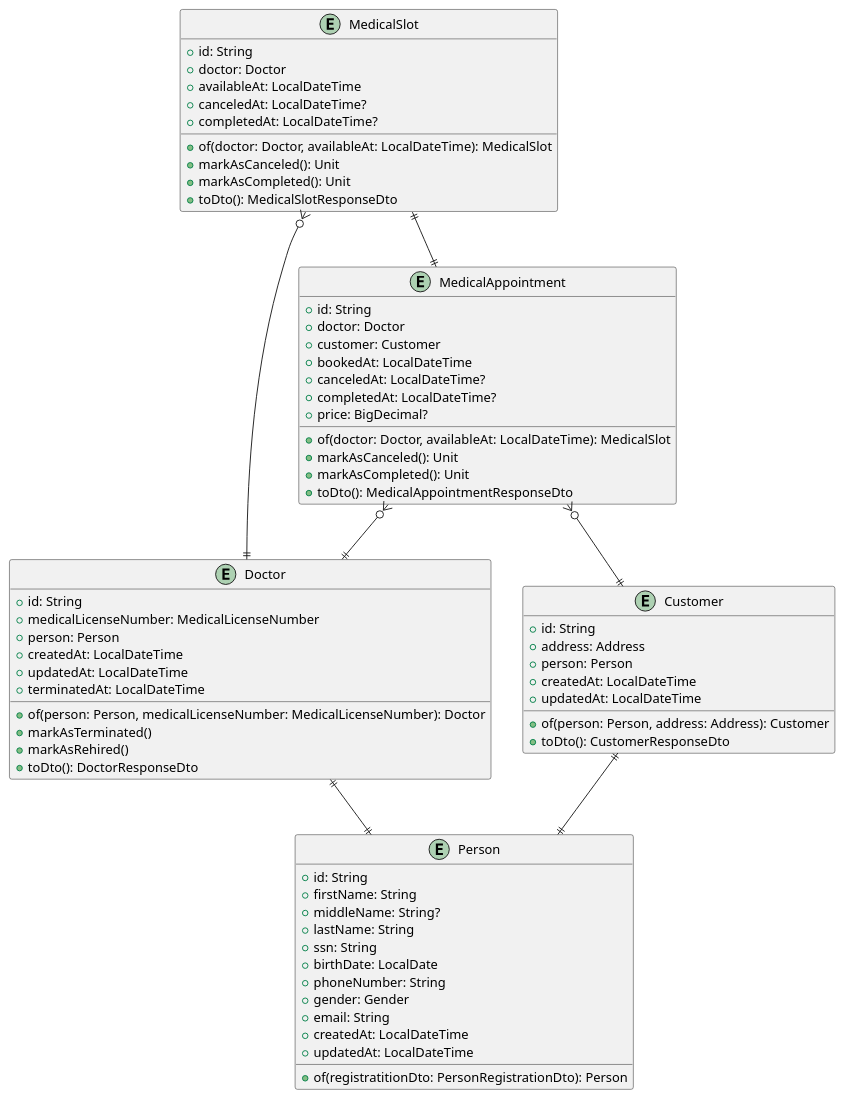
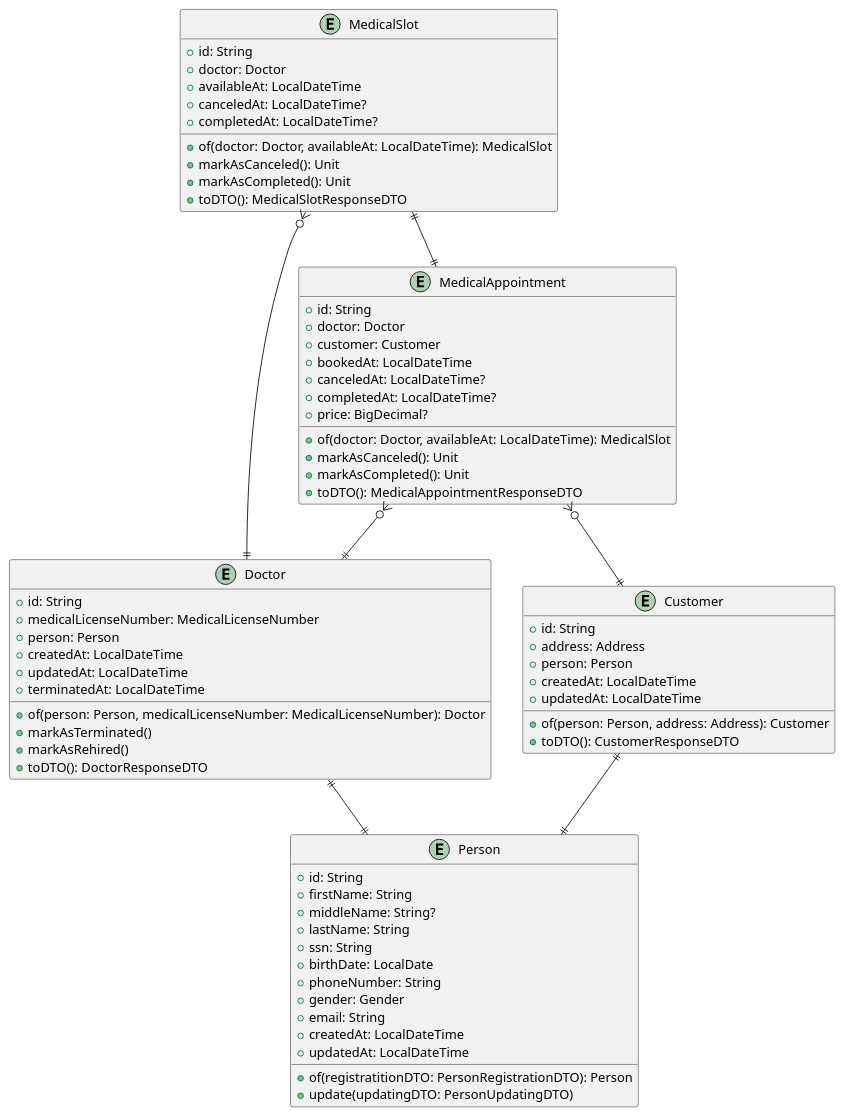
One commit to LazaroDamasceno/Dissertacao-Mestrado changed the diagram in codes/erd_code.wsd. Above: the diagram before and after it, drawn with PlantUML. The commit also changed 18 other files, not shown here.

```diff
--- a/codes/erd_code.wsd
+++ b/codes/erd_code.wsd
@@ -1,79 +1,80 @@
 @startuml
 
 entity "Person" {
  +id: String
  +firstName: String
  +middleName: String?
  +lastName: String
  +ssn: String
  +birthDate: LocalDate
  +phoneNumber: String
  +gender: Gender
  +email: String
  +createdAt: LocalDateTime
  +updatedAt: LocalDateTime
  
- +of(registratitionDto: PersonRegistrationDto): Person
+ +of(registratitionDTO: PersonRegistrationDTO): Person
+ +update(updatingDTO: PersonUpdatingDTO)
 }
 
 entity "Customer" {
  +id: String
  +address: Address
  +person: Person
  +createdAt: LocalDateTime
  +updatedAt: LocalDateTime
  
  +of(person: Person, address: Address): Customer
- +toDto(): CustomerResponseDto
+ +toDTO(): CustomerResponseDTO
 }
 
 entity "Doctor" {
  +id: String
  +medicalLicenseNumber: MedicalLicenseNumber
  +person: Person
  +createdAt: LocalDateTime
  +updatedAt: LocalDateTime
  +terminatedAt: LocalDateTime
  
  +of(person: Person, medicalLicenseNumber: MedicalLicenseNumber): Doctor
  +markAsTerminated()
  +markAsRehired()
- +toDto(): DoctorResponseDto
+ +toDTO(): DoctorResponseDTO
 }
 
 entity "MedicalSlot" {
   +id: String
   +doctor: Doctor
   +availableAt: LocalDateTime
   +canceledAt: LocalDateTime?
   +completedAt: LocalDateTime?
   
   +of(doctor: Doctor, availableAt: LocalDateTime): MedicalSlot
   +markAsCanceled(): Unit
   +markAsCompleted(): Unit
-  +toDto(): MedicalSlotResponseDto
+  +toDTO(): MedicalSlotResponseDTO
 }
 
 entity "MedicalAppointment" {
   +id: String
   + doctor: Doctor
   + customer: Customer
   +bookedAt: LocalDateTime
   +canceledAt: LocalDateTime?
   +completedAt: LocalDateTime?
   +price: BigDecimal?
   
   +of(doctor: Doctor, availableAt: LocalDateTime): MedicalSlot
   +markAsCanceled(): Unit
   +markAsCompleted(): Unit
-  +toDto(): MedicalAppointmentResponseDto
+  +toDTO(): MedicalAppointmentResponseDTO
 }
 
 Customer ||--|| Person
 Doctor ||--|| Person
 MedicalSlot }o--|| Doctor
 MedicalAppointment }o--|| Doctor
 MedicalAppointment }o--|| Customer
 MedicalSlot ||--|| MedicalAppointment
 
 @enduml
```
